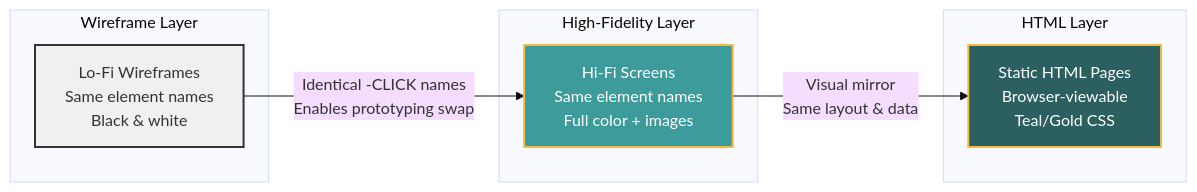
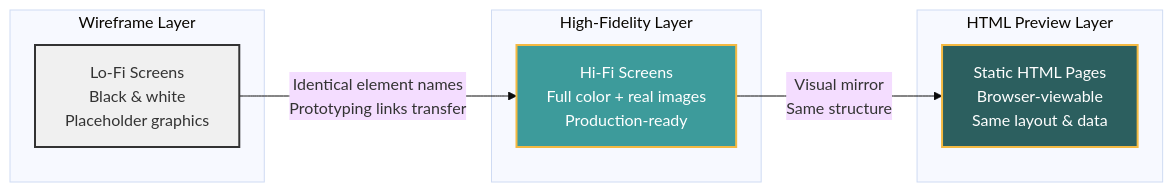
One commit to MaazSohail11/Figma-Screen-generator changed the fourth of 4 diagrams in README.md. Above: the diagram before and after it, drawn with Mermaid (base theme). The commit also changed other lines of this file, not shown here.

````diff
--- a/README.md
+++ b/README.md
@@ -475,21 +350,21 @@
 ```mermaid
 graph LR
     subgraph "Wireframe Layer"
-        WF["Lo-Fi Wireframes<br/>Same element names<br/>Black & white"]
+        WF["Lo-Fi Screens<br/>Black & white<br/>Placeholder graphics"]
     end
     
     subgraph "High-Fidelity Layer"  
-        HF["Hi-Fi Screens<br/>Same element names<br/>Full color + images"]
+        HF["Hi-Fi Screens<br/>Full color + real images<br/>Production-ready"]
     end
     
-    subgraph "HTML Layer"
-        HTML["Static HTML Pages<br/>Browser-viewable<br/>Teal/Gold CSS"]
+    subgraph "HTML Preview Layer"
+        HTML["Static HTML Pages<br/>Browser-viewable<br/>Same layout & data"]
     end
 
-    WF -->|"Identical -CLICK names<br/>Enables prototyping swap"| HF
-    HF -->|"Visual mirror<br/>Same layout & data"| HTML
+    WF -->|"Identical element names<br/>Prototyping links transfer"| HF
+    HF -->|"Visual mirror<br/>Same structure"| HTML
 
     style WF fill:#f0f0f0,color:#333,stroke:#333,stroke-width:2px
     style HF fill:#3D9B9B,color:#fff,stroke:#F4B942,stroke-width:2px
     style HTML fill:#2C5F5F,color:#fff,stroke:#F4B942,stroke-width:2px
 ```
````
